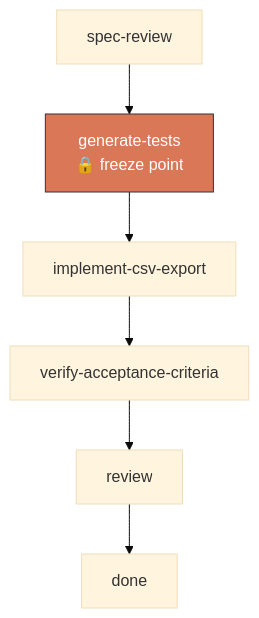
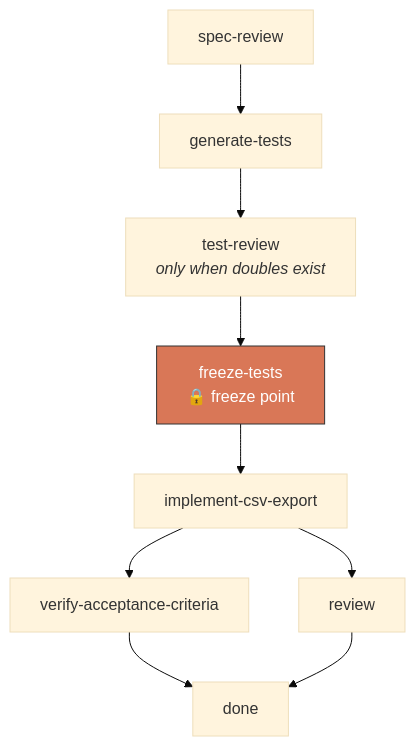
The first of 2 diagrams in workflow/kestra-build/README.md (wittawat16/kestra), drawn with Mermaid (base theme) before and after one commit. The commit also changed other lines of this file and 9 other files, not shown here.

````diff
--- a/workflow/kestra-build/README.md
+++ b/workflow/kestra-build/README.md
@@ -43,11 +43,14 @@
 ```mermaid
 flowchart TD
-    A[spec-review] --> B["generate-tests<br/>🔒 freeze point"]
-    B --> C[implement-csv-export]
+    A[spec-review] --> B[generate-tests]
+    B --> R["test-review<br/><i>only when doubles exist</i>"]
+    R --> Z["freeze-tests<br/>🔒 freeze point"]
+    Z --> C[implement-csv-export]
     C --> D[verify-acceptance-criteria]
-    D --> E[review]
-    E --> F[done]
+    C --> E[review]
+    D --> F[done]
+    E --> F
 
     classDef freeze fill:#d97757,color:#fff,stroke:#333,stroke-width:1px
-    class B freeze
+    class Z freeze
 ```
````
